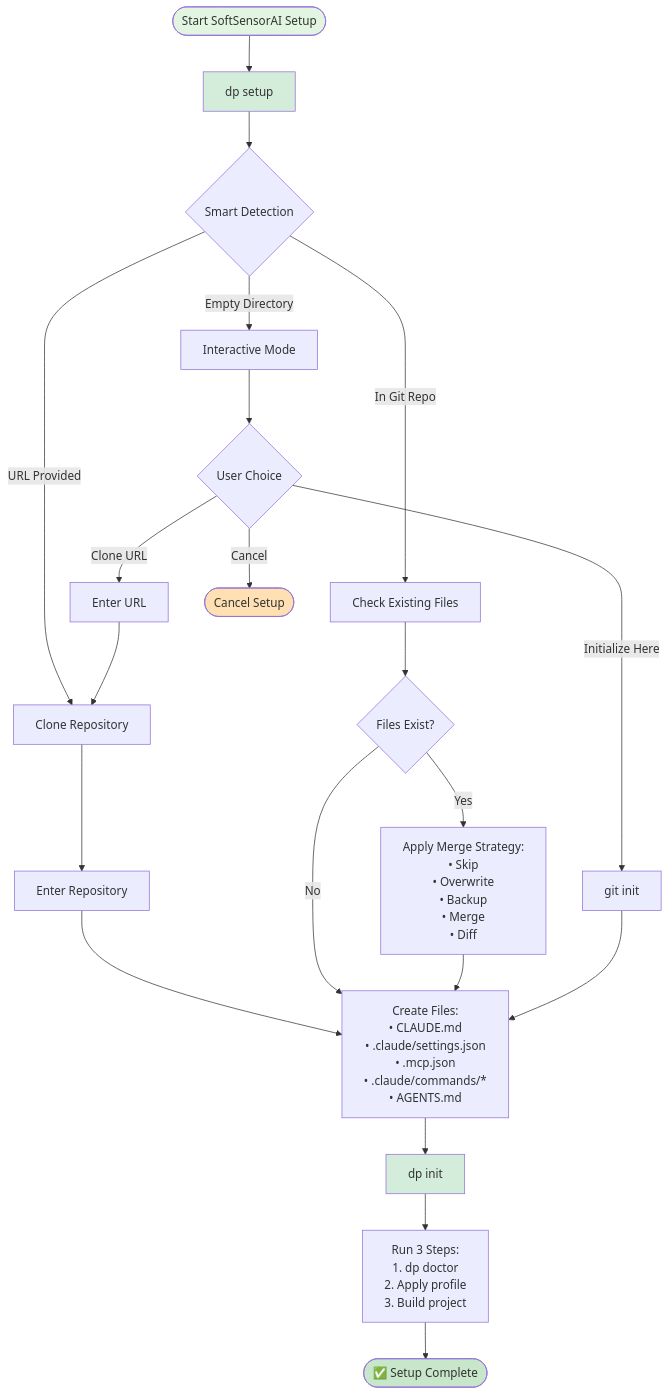
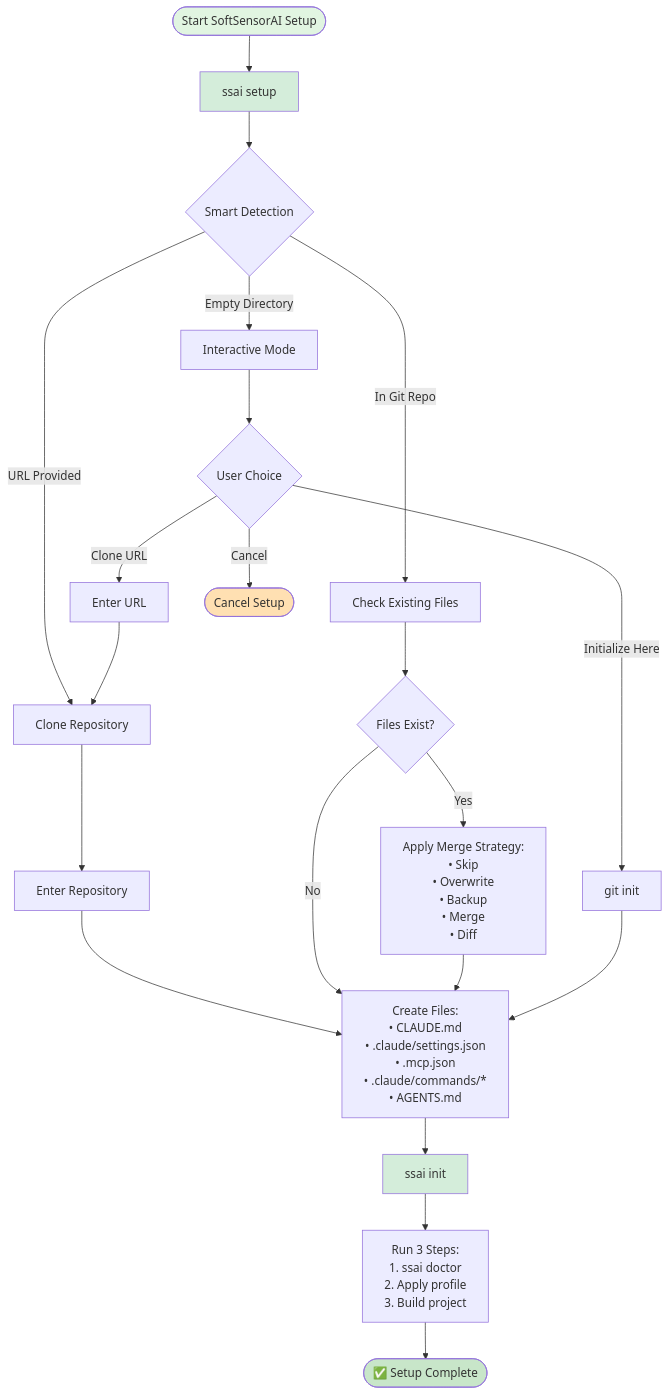
The diagram in docs/SETUP_WORKFLOW.md (Softsensor-org/SoftSensorAI), drawn with Mermaid before and after one commit. The commit also changed other lines of this file and 118 other files, not shown here.

First line of the commit message:
feat: Complete DevPilot to SoftSensorAI migration and codebase deduplication

````diff
--- a/docs/SETUP_WORKFLOW.md
+++ b/docs/SETUP_WORKFLOW.md
@@ -12,44 +12,44 @@
 ```mermaid
 graph TD
-    Start([Start SoftSensorAI Setup]) --> DpSetup[dp setup]
+    Start([Start SoftSensorAI Setup]) --> DpSetup[ssai setup]
 
     %% Smart Detection
     DpSetup --> Detect{Smart Detection}
 
     %% Three Paths
     Detect -->|URL Provided| Clone[Clone Repository]
     Detect -->|In Git Repo| CheckFiles[Check Existing Files]
     Detect -->|Empty Directory| Interactive[Interactive Mode]
 
     %% Clone Path
     Clone --> Enter[Enter Repository]
     Enter --> CreateFiles
 
     %% Existing Repo Path
     CheckFiles --> Conflict{Files Exist?}
     Conflict -->|No| CreateFiles
     Conflict -->|Yes| Strategy[Apply Merge Strategy:<br/>• Skip<br/>• Overwrite<br/>• Backup<br/>• Merge<br/>• Diff]
     Strategy --> CreateFiles
 
     %% Interactive Path
     Interactive --> Choice{User Choice}
     Choice -->|Initialize Here| InitGit[git init]
     Choice -->|Clone URL| InputURL[Enter URL]
     Choice -->|Cancel| End([Cancel Setup])
     InitGit --> CreateFiles
     InputURL --> Clone
 
     %% File Creation
     CreateFiles[Create Files:<br/>• CLAUDE.md<br/>• .claude/settings.json<br/>• .mcp.json<br/>• .claude/commands/*<br/>• AGENTS.md]
 
     %% Initialize
-    CreateFiles --> DpInit[dp init]
-    DpInit --> Steps[Run 3 Steps:<br/>1. dp doctor<br/>2. Apply profile<br/>3. Build project]
+    CreateFiles --> DpInit[ssai init]
+    DpInit --> Steps[Run 3 Steps:<br/>1. ssai doctor<br/>2. Apply profile<br/>3. Build project]
     Steps --> Success([✅ Setup Complete])
 
     style Start fill:#e1f5e1
     style DpSetup fill:#d4edda
     style DpInit fill:#d4edda
     style Success fill:#c8e6c9
     style End fill:#ffe0b2
 ```
````
